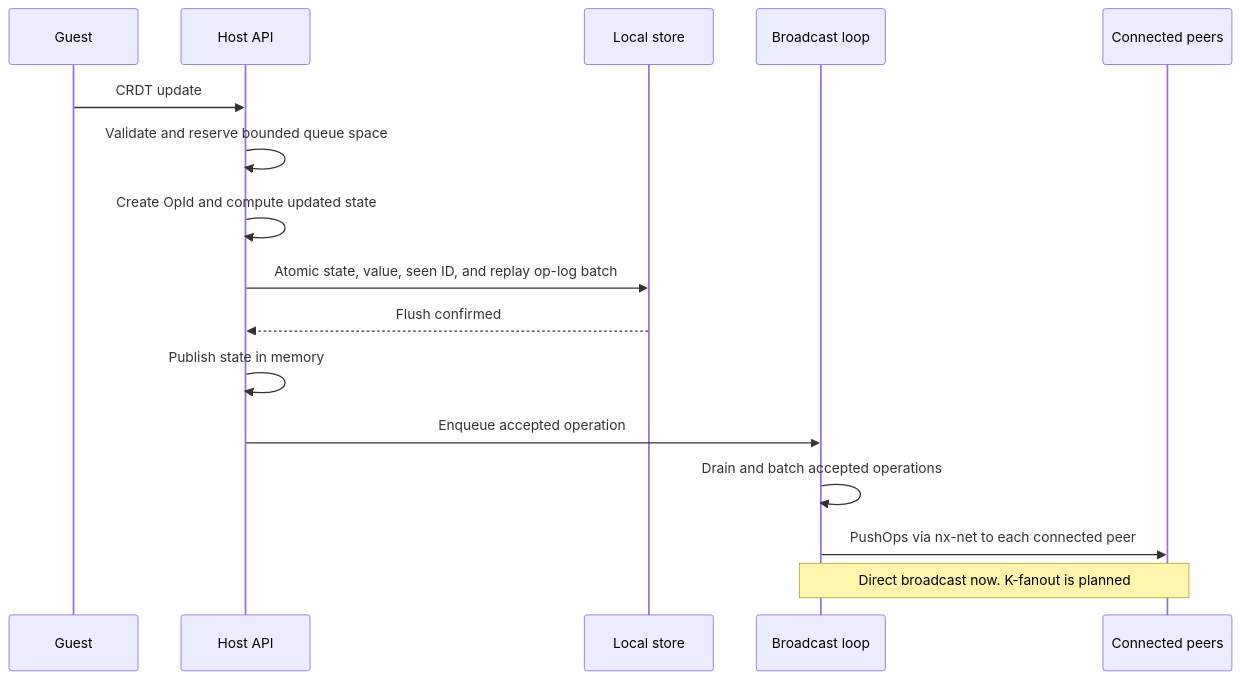
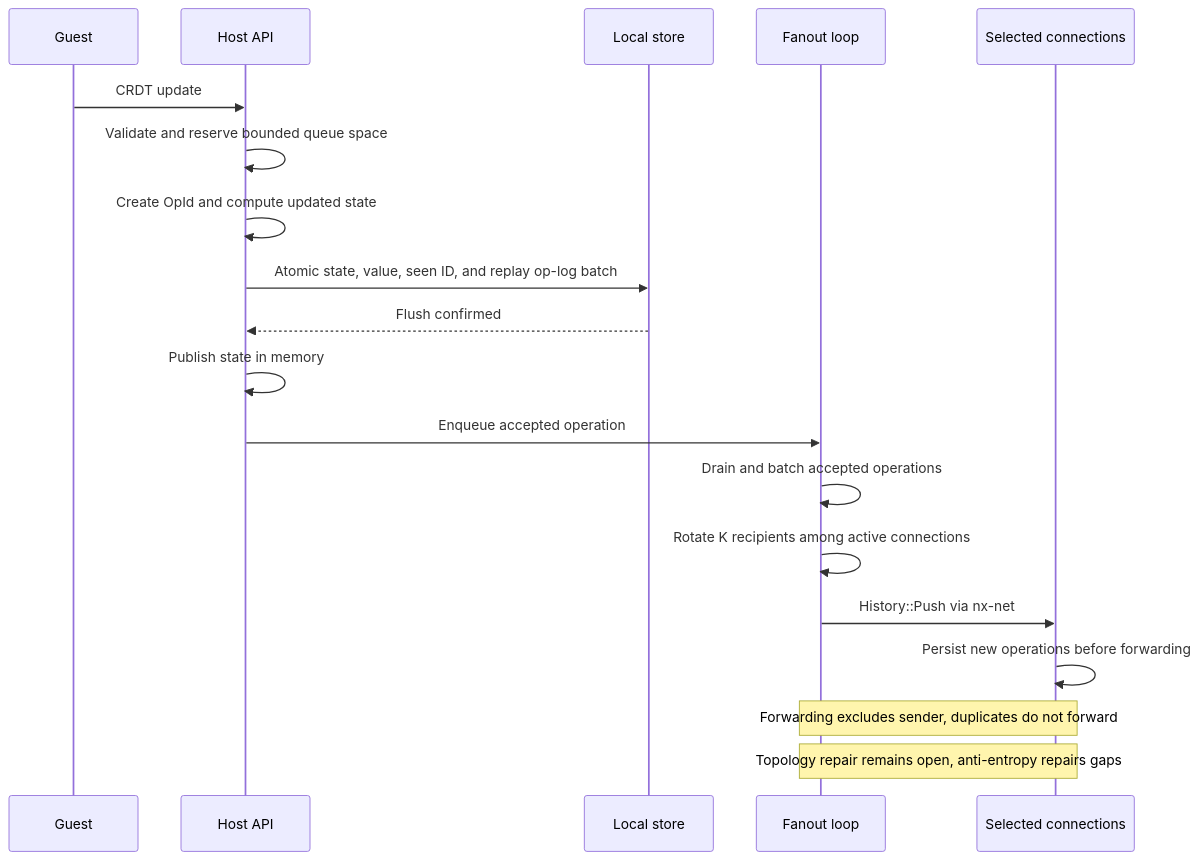
The diagram in docs/nx-site/public/diagrams/concepts/current-broadcast.mmd (GianIac/numax), drawn with Mermaid before and after one commit. The commit also changed 31 other files, not shown here.

```diff
--- a/docs/nx-site/public/diagrams/concepts/current-broadcast.mmd
+++ b/docs/nx-site/public/diagrams/concepts/current-broadcast.mmd
@@ -1,16 +1,19 @@
 sequenceDiagram
     participant Guest as Guest
     participant Host as Host API
     participant Store as Local store
-    participant Broadcast as Broadcast loop
-    participant Peers as Connected peers
+    participant Broadcast as Fanout loop
+    participant Peers as Selected connections
     Guest->>Host: CRDT update
     Host->>Host: Validate and reserve bounded queue space
     Host->>Host: Create OpId and compute updated state
     Host->>Store: Atomic state, value, seen ID, and replay op-log batch
     Store-->>Host: Flush confirmed
     Host->>Host: Publish state in memory
     Host->>Broadcast: Enqueue accepted operation
     Broadcast->>Broadcast: Drain and batch accepted operations
-    Broadcast->>Peers: PushOps via nx-net to each connected peer
-    Note over Broadcast,Peers: Direct broadcast now. K-fanout is planned
+    Broadcast->>Broadcast: Rotate K recipients among active connections
+    Broadcast->>Peers: History::Push via nx-net
+    Peers->>Peers: Persist new operations before forwarding
+    Note over Broadcast,Peers: Forwarding excludes sender, duplicates do not forward
+    Note over Broadcast,Peers: Topology repair remains open, anti-entropy repairs gaps
```
